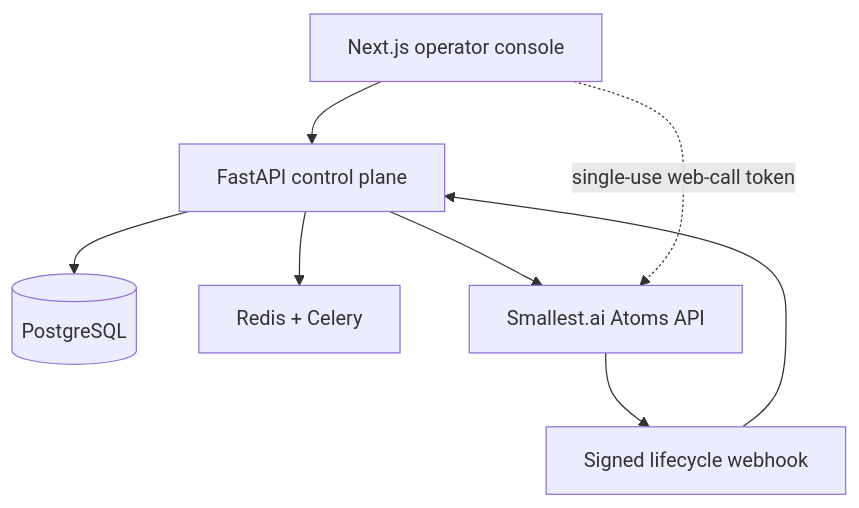
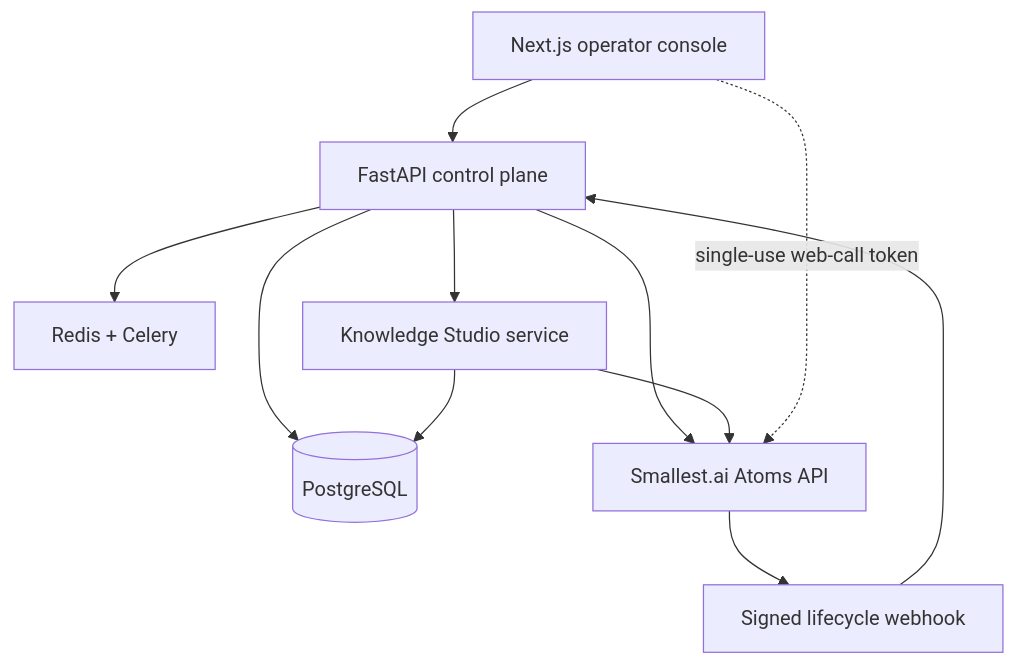
The diagram in README.md (vimalvijayakumar1983/Voice-Ai-Agent), drawn with Mermaid before and after one commit. The commit also changed other lines of this file and 16 other files, not shown here.

Commit message:
feat: add knowledge studio

````diff
--- a/README.md
+++ b/README.md
@@ -22,10 +23,13 @@
 ```mermaid
 flowchart TD
     UI["Next.js operator console"] --> API["FastAPI control plane"]
     API --> DB[(PostgreSQL)]
     API --> Queue["Redis + Celery"]
     API --> Atoms["Smallest.ai Atoms API"]
+    API --> Knowledge["Knowledge Studio service"]
+    Knowledge --> DB
+    Knowledge --> Atoms
     Atoms --> Hook["Signed lifecycle webhook"]
     Hook --> API
     UI -. "single-use web-call token" .-> Atoms
 ```
````
